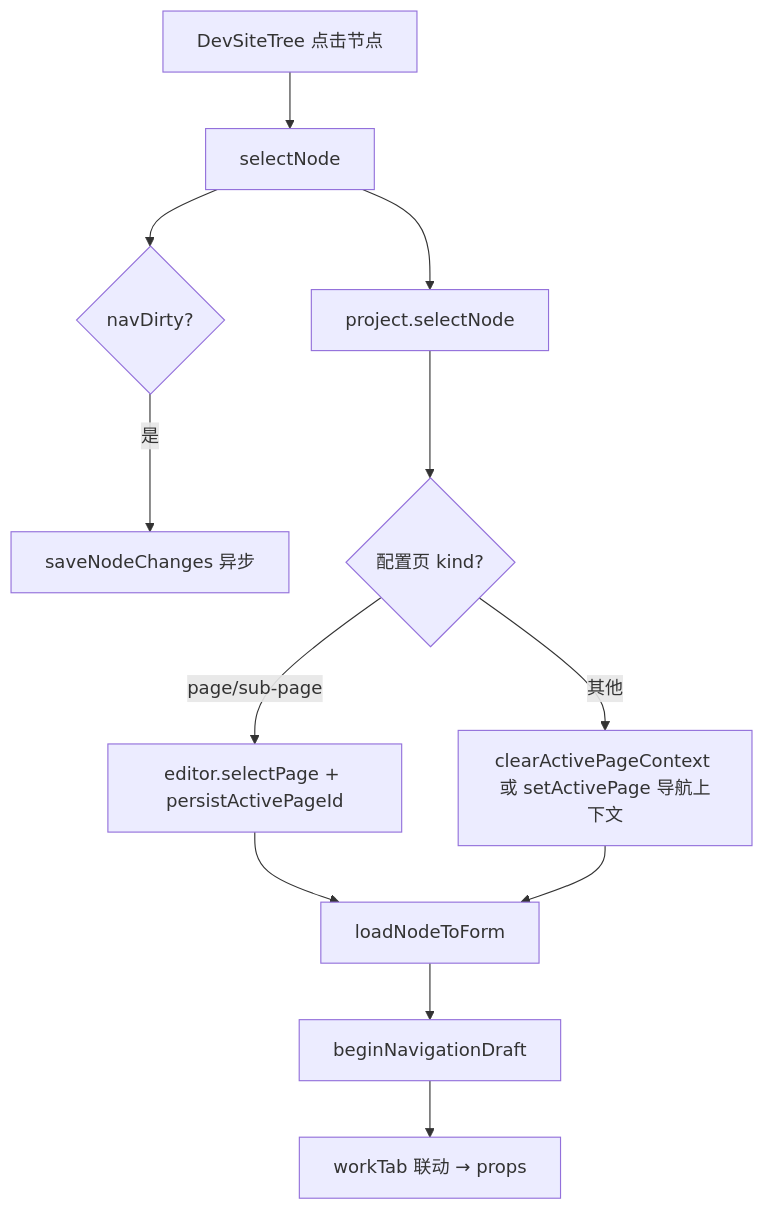
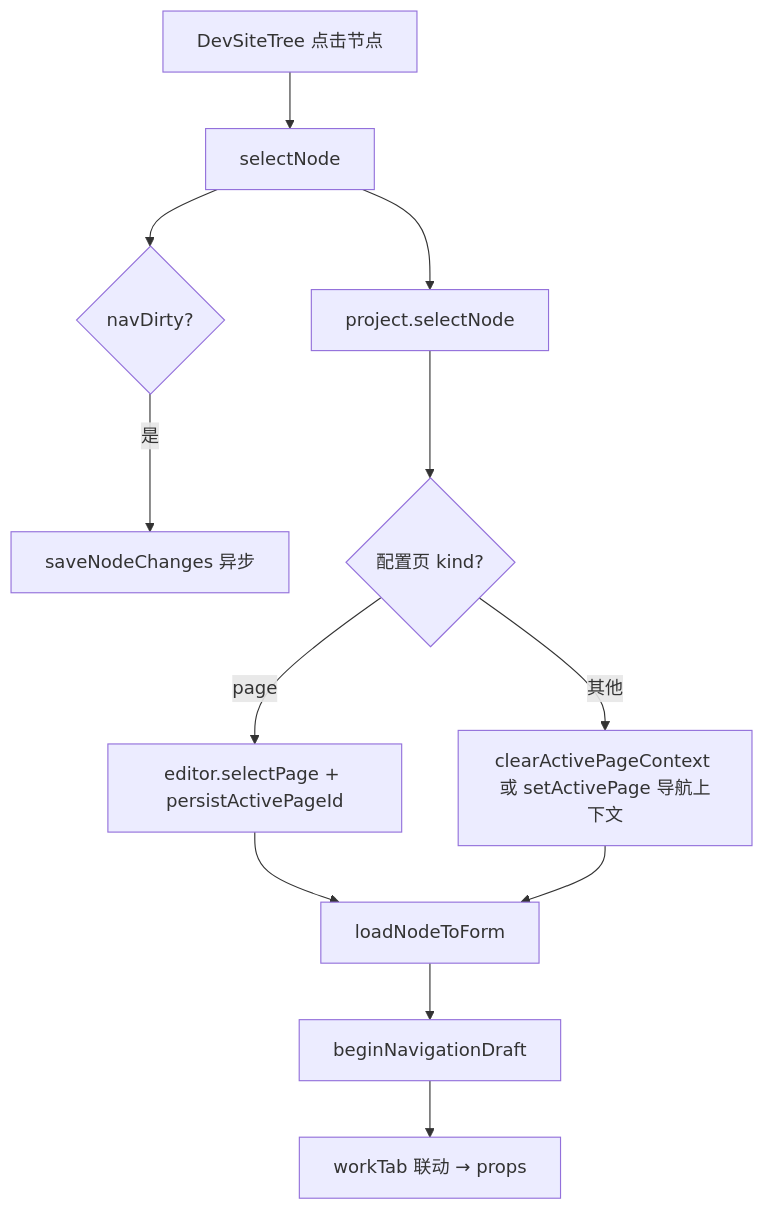
Before and after one commit to LMSpark/APPWORKS: the fifth of 5 diagrams in packages/spark-project-model/src/MODEL-HIERARCHY.md, drawn with Mermaid. The commit also changed other lines of this file and 105 other files, not shown here.

````diff
--- a/packages/spark-project-model/src/MODEL-HIERARCHY.md
+++ b/packages/spark-project-model/src/MODEL-HIERARCHY.md
@@ -425,14 +425,14 @@
 ```mermaid
 flowchart TD
   A[DevSiteTree 点击节点] --> B[selectNode]
   B --> C{navDirty?}
   C -->|是| D[saveNodeChanges 异步]
   B --> E[project.selectNode]
   E --> F{配置页 kind?}
-  F -->|page/sub-page| G[editor.selectPage + persistActivePageId]
+  F -->|page| G[editor.selectPage + persistActivePageId]
   F -->|其他| H[clearActivePageContext 或 setActivePage 导航上下文]
   G --> I[loadNodeToForm]
   H --> I
   I --> J[beginNavigationDraft]
   J --> K[workTab 联动 → props]
 ```
````
